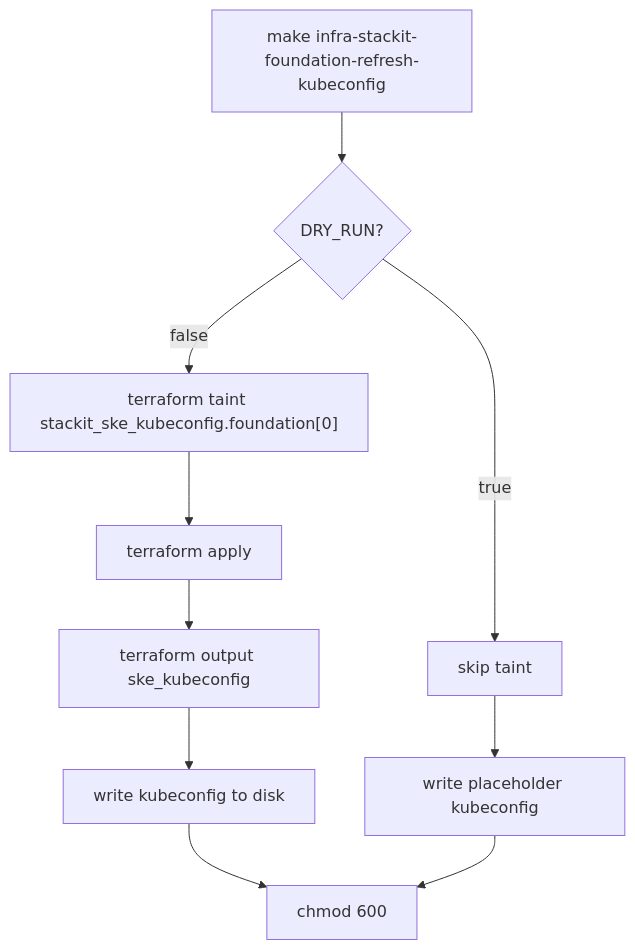
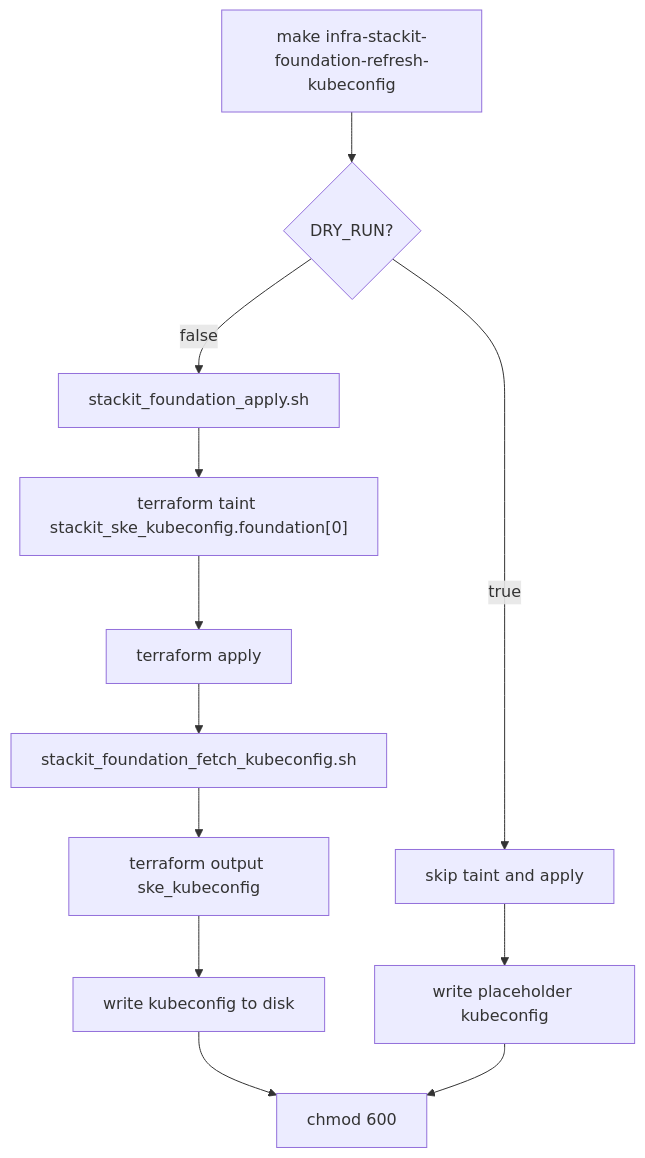
Before and after one commit to sbonoc/stackit-platform-blueprint: the diagram in docs/platform/architecture/decisions/ADR-issue-394-kubeconfig-ttl.md, drawn with Mermaid. The commit also changed other lines of this file and 7 other files, not shown here.

First line of the commit message:
fix(issue-394-kubeconfig-ttl): move taint to stackit_foundation_apply.sh (addresses claude/codex review)

````diff
--- a/docs/platform/architecture/decisions/ADR-issue-394-kubeconfig-ttl.md
+++ b/docs/platform/architecture/decisions/ADR-issue-394-kubeconfig-ttl.md
@@ -39,12 +45,14 @@
 ```mermaid
 flowchart TD
     A[make infra-stackit-foundation-refresh-kubeconfig] --> B{DRY_RUN?}
-    B -- false --> C["terraform taint stackit_ske_kubeconfig.foundation[0]"]
-    C --> D[terraform apply]
-    D --> E[terraform output ske_kubeconfig]
-    E --> F[write kubeconfig to disk]
-    B -- true --> G[skip taint]
-    G --> H[write placeholder kubeconfig]
-    F --> I[chmod 600]
-    H --> I
+    B -- false --> C["stackit_foundation_apply.sh"]
+    C --> D["terraform taint stackit_ske_kubeconfig.foundation[0]"]
+    D --> E[terraform apply]
+    E --> F["stackit_foundation_fetch_kubeconfig.sh"]
+    F --> G[terraform output ske_kubeconfig]
+    G --> H[write kubeconfig to disk]
+    H --> I[chmod 600]
+    B -- true --> J[skip taint and apply]
+    J --> K[write placeholder kubeconfig]
+    K --> I
 ```
````
